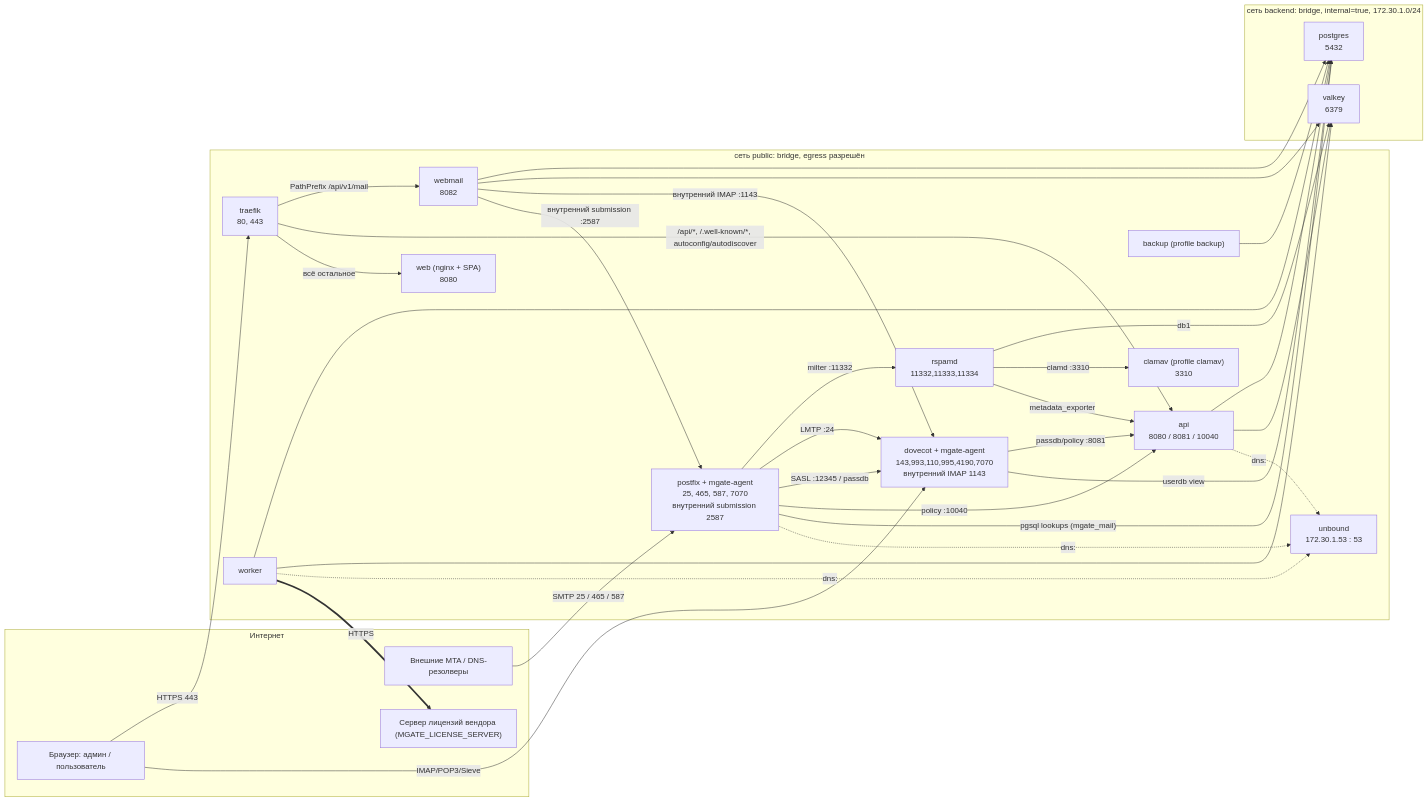
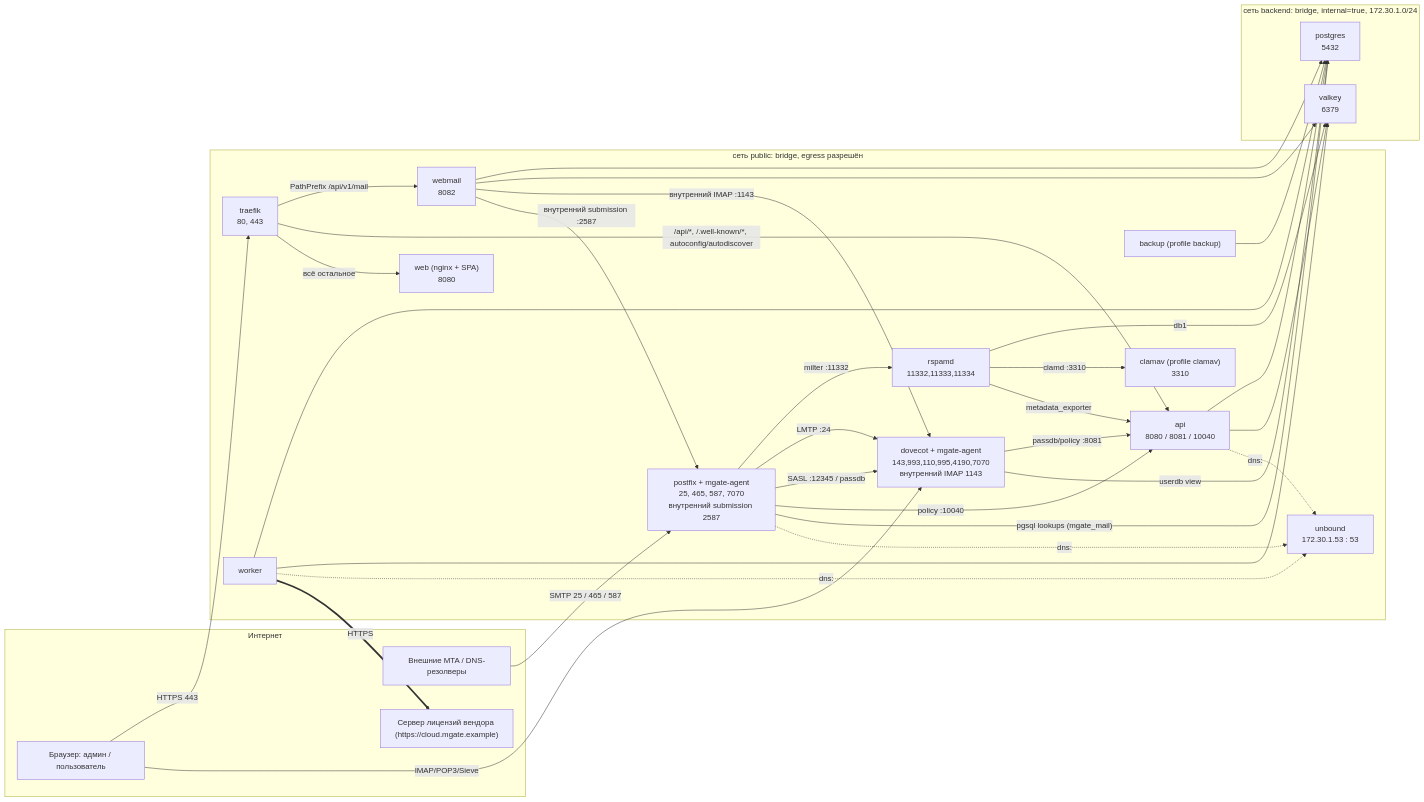
The first of 10 diagrams in docs/ARCHITECTURE.md (mgate-server/mgate), drawn with Mermaid before and after one commit. The commit also changed other lines of this file and 53 other files, not shown here.

````diff
--- a/docs/ARCHITECTURE.md
+++ b/docs/ARCHITECTURE.md
@@ -48,60 +48,60 @@
 ```mermaid
 flowchart LR
   subgraph internet["Интернет"]
     Peers["Внешние MTA / DNS-резолверы"]
     Browser["Браузер: админ / пользователь"]
-    CloudLic["Сервер лицензий вендора (MGATE_LICENSE_SERVER)"]
+    CloudLic["Сервер лицензий вендора (https://cloud.mgate.example)"]
   end
 
   subgraph netpublic["сеть public: bridge, egress разрешён"]
     traefik["traefik<br/>80, 443"]
     web["web (nginx + SPA)<br/>8080"]
     api["api<br/>8080 / 8081 / 10040"]
     webmail["webmail<br/>8082"]
     worker["worker"]
     postfix["postfix + mgate-agent<br/>25, 465, 587, 7070<br/>внутренний submission 2587"]
     dovecot["dovecot + mgate-agent<br/>143,993,110,995,4190,7070<br/>внутренний IMAP 1143"]
     rspamd["rspamd<br/>11332,11333,11334"]
     clamav["clamav (profile clamav)<br/>3310"]
     unbound["unbound<br/>172.30.1.53 : 53"]
     backup["backup (profile backup)"]
   end
 
   subgraph netbackend["сеть backend: bridge, internal=true, 172.30.1.0/24"]
     postgres["postgres<br/>5432"]
     valkey["valkey<br/>6379"]
   end
 
   Browser -- "HTTPS 443" --> traefik
   Peers -- "SMTP 25 / 465 / 587" --> postfix
   Browser -- "IMAP/POP3/Sieve" --> dovecot
   traefik -- "PathPrefix /api/v1/mail" --> webmail
   traefik -- "/api/*, /.well-known/*, autoconfig/autodiscover" --> api
   traefik -- "всё остальное" --> web
 
   api --> postgres
   api --> valkey
   webmail --> postgres
   webmail --> valkey
   webmail -- "внутренний IMAP :1143" --> dovecot
   webmail -- "внутренний submission :2587" --> postfix
   worker --> postgres
   worker --> valkey
   backup --> postgres
 
   postfix -- "milter :11332" --> rspamd
   postfix -- "LMTP :24" --> dovecot
   postfix -- "SASL :12345 / passdb" --> dovecot
   postfix -- "policy :10040" --> api
   postfix -- "pgsql lookups (mgate_mail)" --> postgres
   dovecot -- "passdb/policy :8081" --> api
   dovecot -- "userdb view" --> postgres
   rspamd -- "db1" --> valkey
   rspamd -- "clamd :3310" --> clamav
   rspamd -- "metadata_exporter" --> api
 
   api -.->|"dns:"| unbound
   worker -.->|"dns:"| unbound
   postfix -.->|"dns:"| unbound
   worker == "HTTPS" ==> CloudLic
 ```
````
